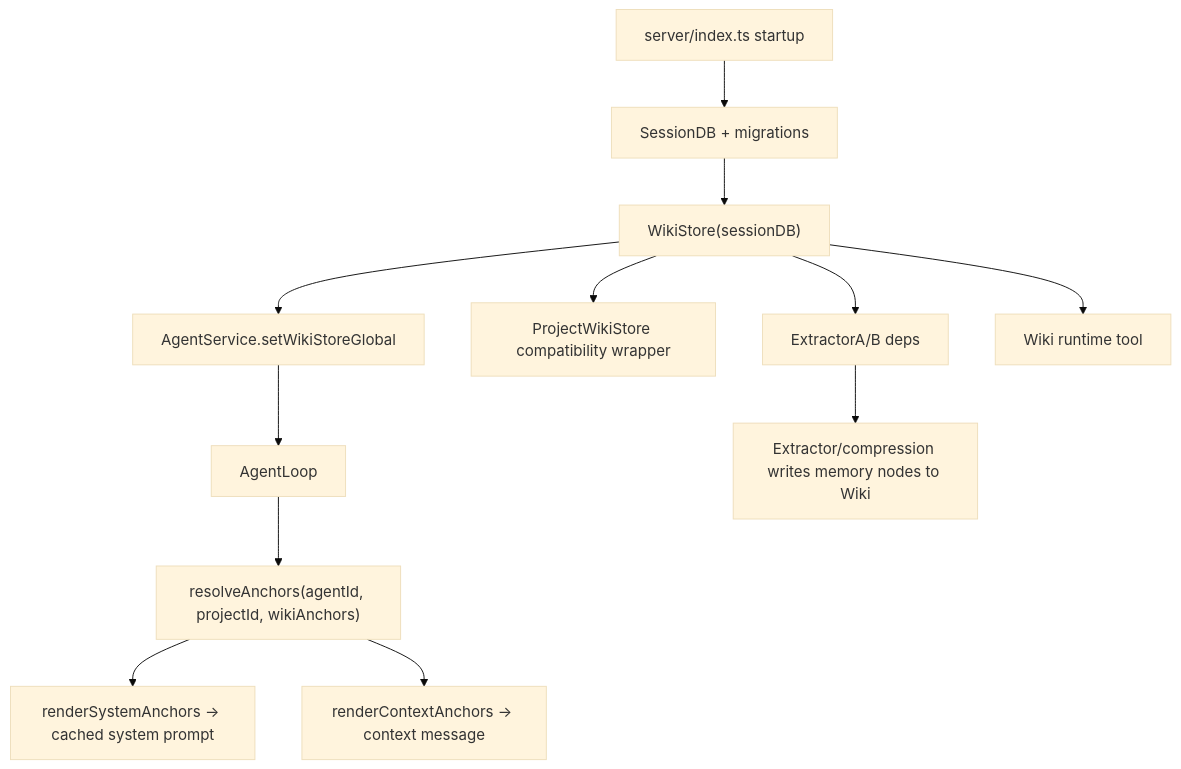
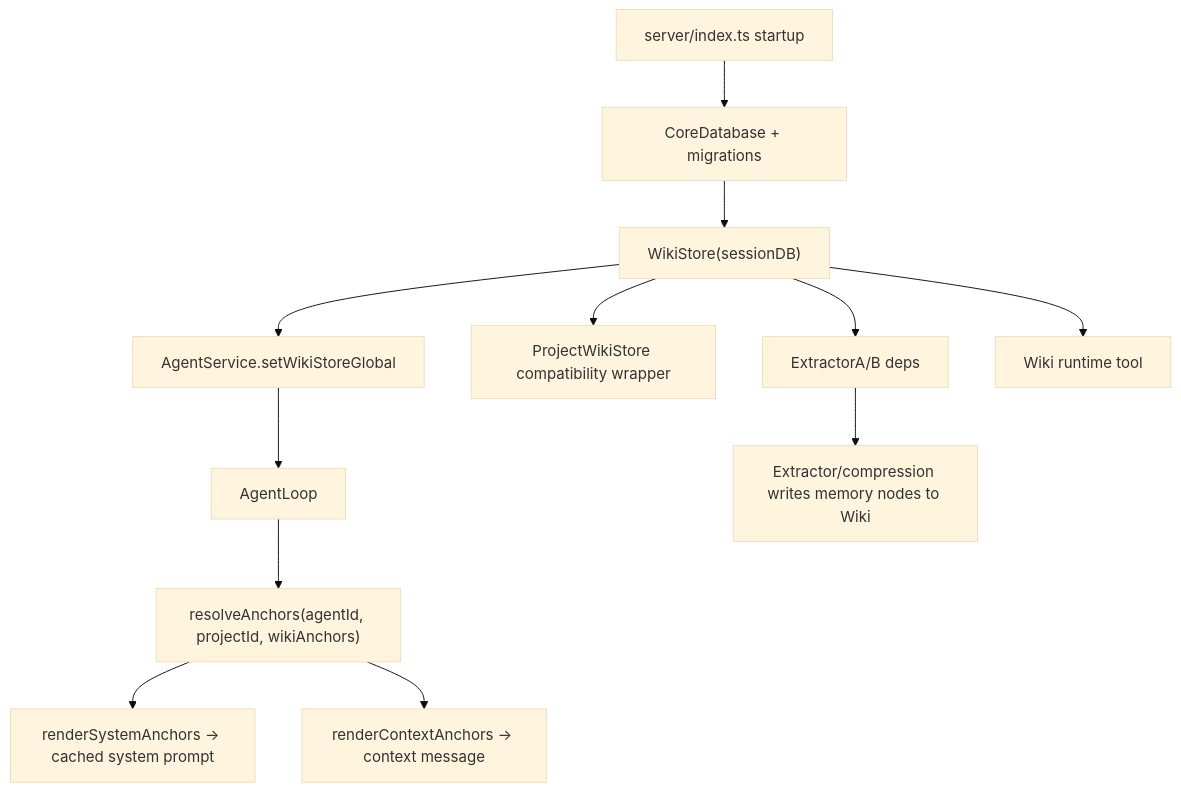
One commit to LanicBlue/zero-core changed the first of 3 diagrams in docs/arch/06-knowledge-subsystems.md. Above: the diagram before and after it, drawn with Mermaid (base theme). The commit also changed other lines of this file and 165 other files, not shown here.

First line of the commit message:
feat(wiki-system-redesign): sub-00 数据库基础(sessions.db→core.db + DatabaseManager + knowledge.db 退役)

````diff
--- a/docs/arch/06-knowledge-subsystems.md
+++ b/docs/arch/06-knowledge-subsystems.md
@@ -16,14 +16,14 @@
 ```mermaid
 graph TB
-    Start["server/index.ts startup"] --> DB["SessionDB + migrations"]
+    Start["server/index.ts startup"] --> DB["CoreDatabase + migrations"]
     DB --> WikiStore["WikiStore(sessionDB)"]
     WikiStore --> Extractors["ExtractorA/B deps"]
     WikiStore --> ProjectCompat["ProjectWikiStore compatibility wrapper"]
     WikiStore --> AgentService["AgentService.setWikiStoreGlobal"]
     AgentService --> Loop["AgentLoop"]
     Loop --> Anchors["resolveAnchors(agentId, projectId, wikiAnchors)"]
     Anchors --> System["renderSystemAnchors -> cached system prompt"]
     Anchors --> Context["renderContextAnchors -> context message"]
     WikiStore --> WikiTool["Wiki runtime tool"]
     Extractors --> MemoryNodes["Extractor/compression writes memory nodes to Wiki"]
 ```
````
